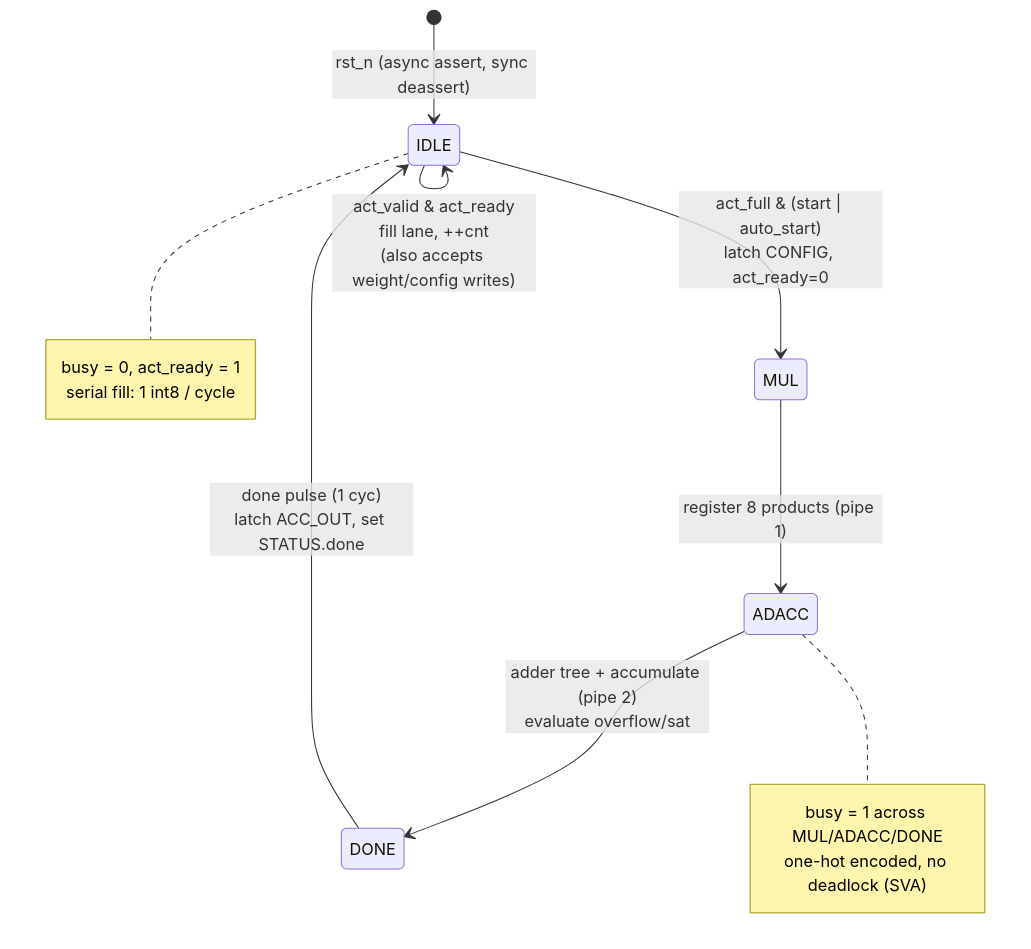
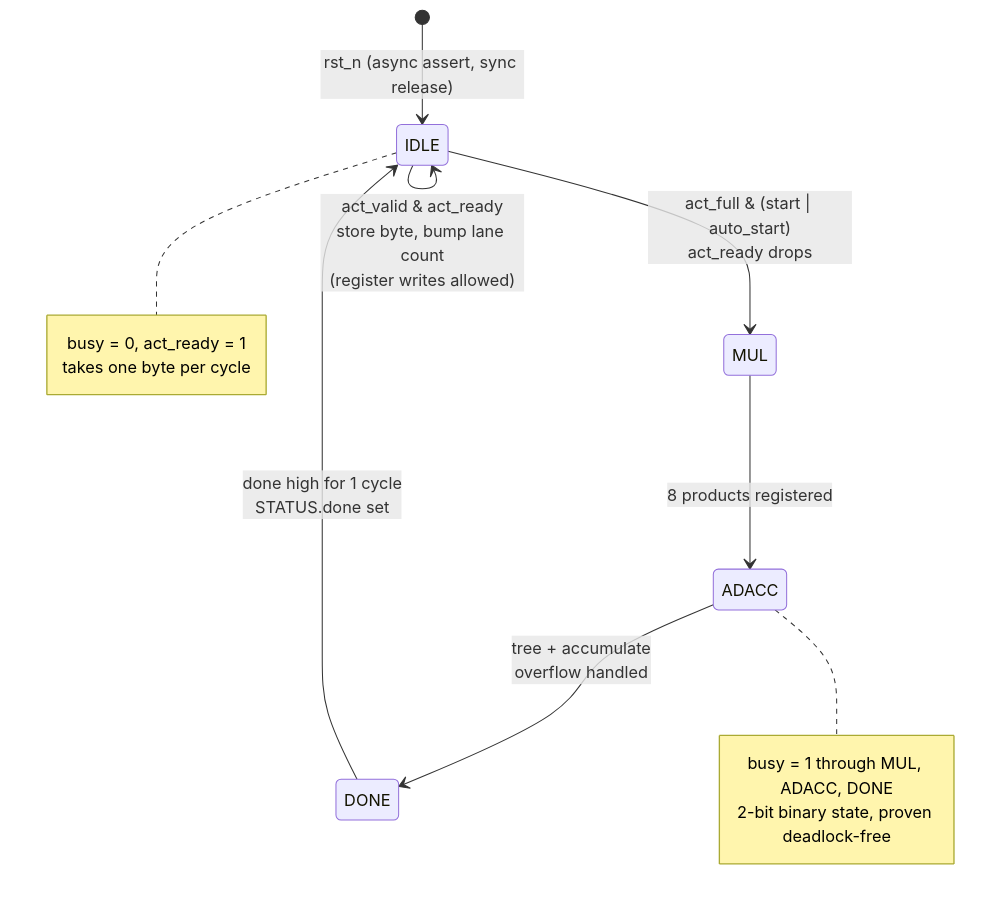
Before and after one commit to ChrChr50/proto-accelerators: the third of 6 diagrams in macc8/docs/int8_mac_block_diagram.md, drawn with Mermaid. The commit also changed other lines of this file and 2 other files, not shown here.

````diff
--- a/macc8/docs/int8_mac_block_diagram.md
+++ b/macc8/docs/int8_mac_block_diagram.md
@@ -70,20 +76,20 @@
 ```mermaid
 stateDiagram-v2
-    [*] --> IDLE : rst_n (async assert, sync deassert)
+    [*] --> IDLE : rst_n (async assert, sync release)
 
-    IDLE --> IDLE : act_valid & act_ready<br/>fill lane, ++cnt<br/>(also accepts weight/config writes)
-    IDLE --> MUL : act_full & (start | auto_start)<br/>latch CONFIG, act_ready=0
+    IDLE --> IDLE : act_valid & act_ready<br/>store byte, bump lane count<br/>(register writes allowed)
+    IDLE --> MUL : act_full & (start | auto_start)<br/>act_ready drops
 
-    MUL --> ADACC : register 8 products (pipe 1)
-    ADACC --> DONE : adder tree + accumulate (pipe 2)<br/>evaluate overflow/sat
-    DONE --> IDLE : done pulse (1 cyc)<br/>latch ACC_OUT, set STATUS.done
+    MUL --> ADACC : 8 products registered
+    ADACC --> DONE : tree + accumulate<br/>overflow handled
+    DONE --> IDLE : done high for 1 cycle<br/>STATUS.done set
 
     note right of IDLE
         busy = 0, act_ready = 1
-        serial fill: 1 int8 / cycle
+        takes one byte per cycle
     end note
     note right of ADACC
-        busy = 1 across MUL/ADACC/DONE
-        one-hot encoded, no deadlock (SVA)
+        busy = 1 through MUL, ADACC, DONE
+        2-bit binary state, proven deadlock-free
     end note
 ```
````
